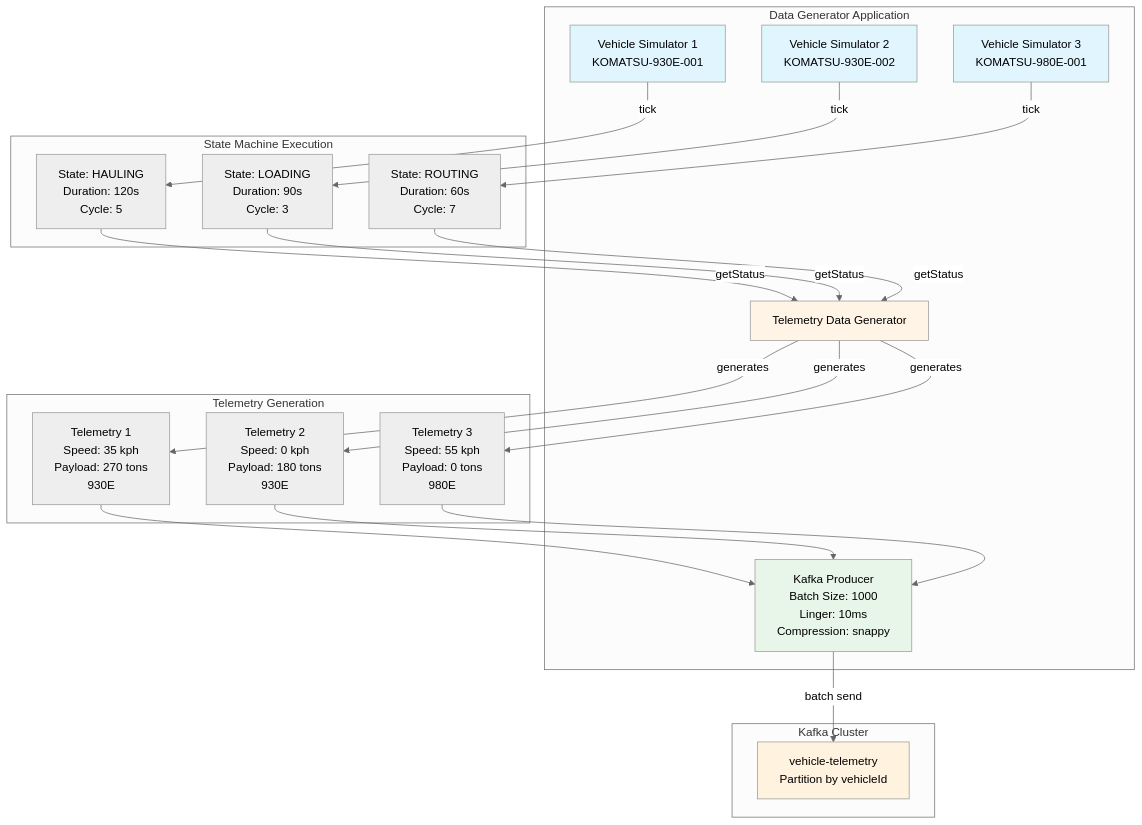
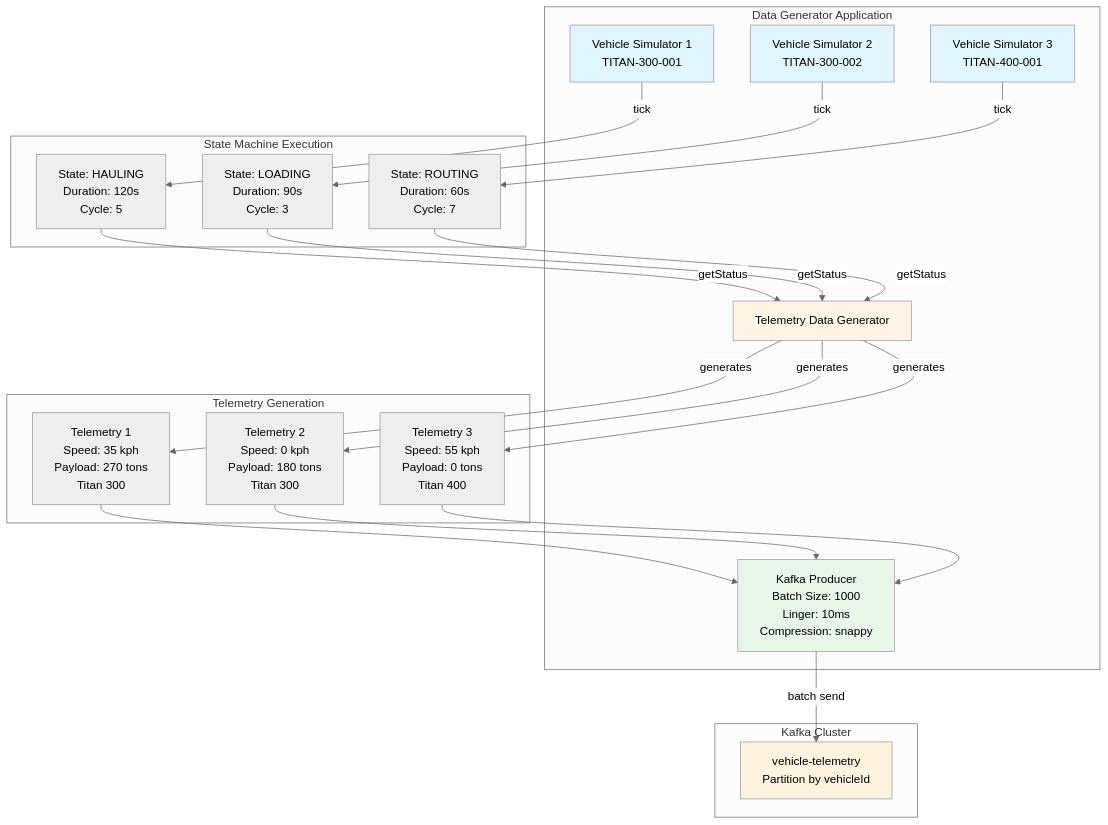
Diagram 16 of 18 in DIAGRAMS.md (Shallako/ShuzAHS), drawn with Mermaid (neutral theme) before and after one commit. The commit also changed other lines of this file and 33 other files, not shown here.

Commit message:
Replace Komatsu OEM references with fictional OEM Titan and Titan 300/400

````diff
--- a/DIAGRAMS.md
+++ b/DIAGRAMS.md
@@ -1014,43 +1014,43 @@
 ```mermaid
 graph TB
     subgraph "Data Generator Application"
-        VS1[Vehicle Simulator 1<br/>KOMATSU-930E-001]
-        VS2[Vehicle Simulator 2<br/>KOMATSU-930E-002]
-        VS3[Vehicle Simulator 3<br/>KOMATSU-980E-001]
+        VS1[Vehicle Simulator 1<br/>TITAN-300-001]
+        VS2[Vehicle Simulator 2<br/>TITAN-300-002]
+        VS3[Vehicle Simulator 3<br/>TITAN-400-001]
         
         TDG[Telemetry Data Generator]
         
         KP[Kafka Producer<br/>Batch Size: 1000<br/>Linger: 10ms<br/>Compression: snappy]
     end
     
     subgraph "State Machine Execution"
         VS1 -->|tick| SM1[State: HAULING<br/>Duration: 120s<br/>Cycle: 5]
         VS2 -->|tick| SM2[State: LOADING<br/>Duration: 90s<br/>Cycle: 3]
         VS3 -->|tick| SM3[State: ROUTING<br/>Duration: 60s<br/>Cycle: 7]
     end
     
     SM1 -->|getStatus| TDG
     SM2 -->|getStatus| TDG
     SM3 -->|getStatus| TDG
     
     subgraph "Telemetry Generation"
-        TDG -->|generates| T1[Telemetry 1<br/>Speed: 35 kph<br/>Payload: 270 tons<br/>930E]
-        TDG -->|generates| T2[Telemetry 2<br/>Speed: 0 kph<br/>Payload: 180 tons<br/>930E]
-        TDG -->|generates| T3[Telemetry 3<br/>Speed: 55 kph<br/>Payload: 0 tons<br/>980E]
+        TDG -->|generates| T1[Telemetry 1<br/>Speed: 35 kph<br/>Payload: 270 tons<br/>Titan 300]
+        TDG -->|generates| T2[Telemetry 2<br/>Speed: 0 kph<br/>Payload: 180 tons<br/>Titan 300]
+        TDG -->|generates| T3[Telemetry 3<br/>Speed: 55 kph<br/>Payload: 0 tons<br/>Titan 400]
     end
     
     T1 --> KP
     T2 --> KP
     T3 --> KP
     
     subgraph "Kafka Cluster"
         KP -->|batch send| KT[vehicle-telemetry<br/>Partition by vehicleId]
     end
     
     style VS1 fill:#e1f5ff
     style VS2 fill:#e1f5ff
     style VS3 fill:#e1f5ff
     style TDG fill:#fff4e6
     style KP fill:#e8f5e9
     style KT fill:#fff3e0
 ```
````
